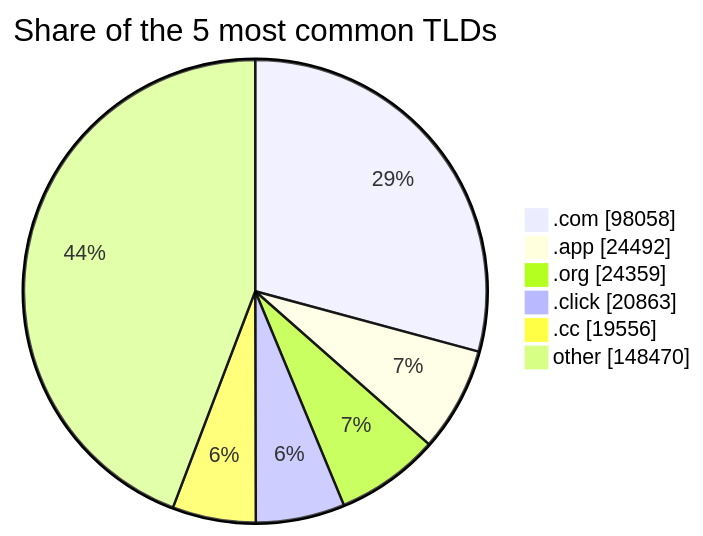
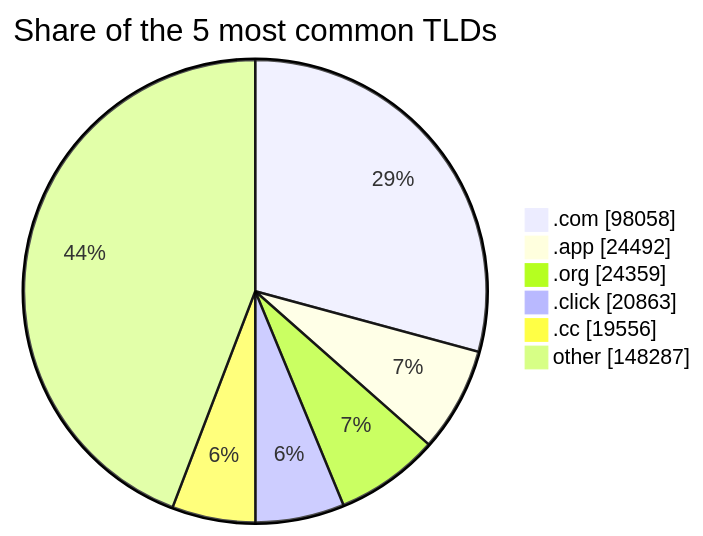
One commit to DNSBunker/CTI changed the third of 3 diagrams in README.md. Above: the diagram before and after it, drawn with Mermaid. The commit also changed other lines of this file and 3 other files, not shown here.

````diff
--- a/README.md
+++ b/README.md
@@ -81,9 +81,9 @@
 ```mermaid
 pie showData title Share of the 5 most common TLDs
     ".com" : 98058
     ".app" : 24492
     ".org" : 24359
     ".click" : 20863
     ".cc" : 19556
-    "other" : 148470
+    "other" : 148287
 ```
````
